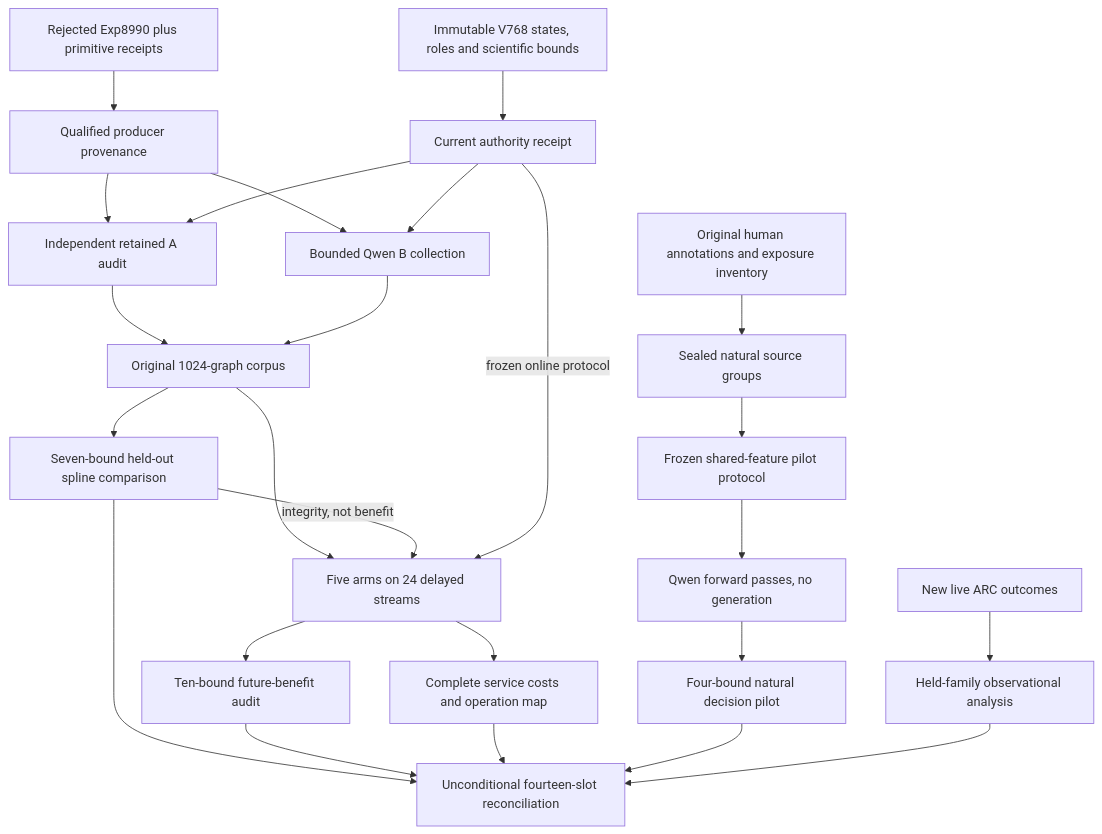
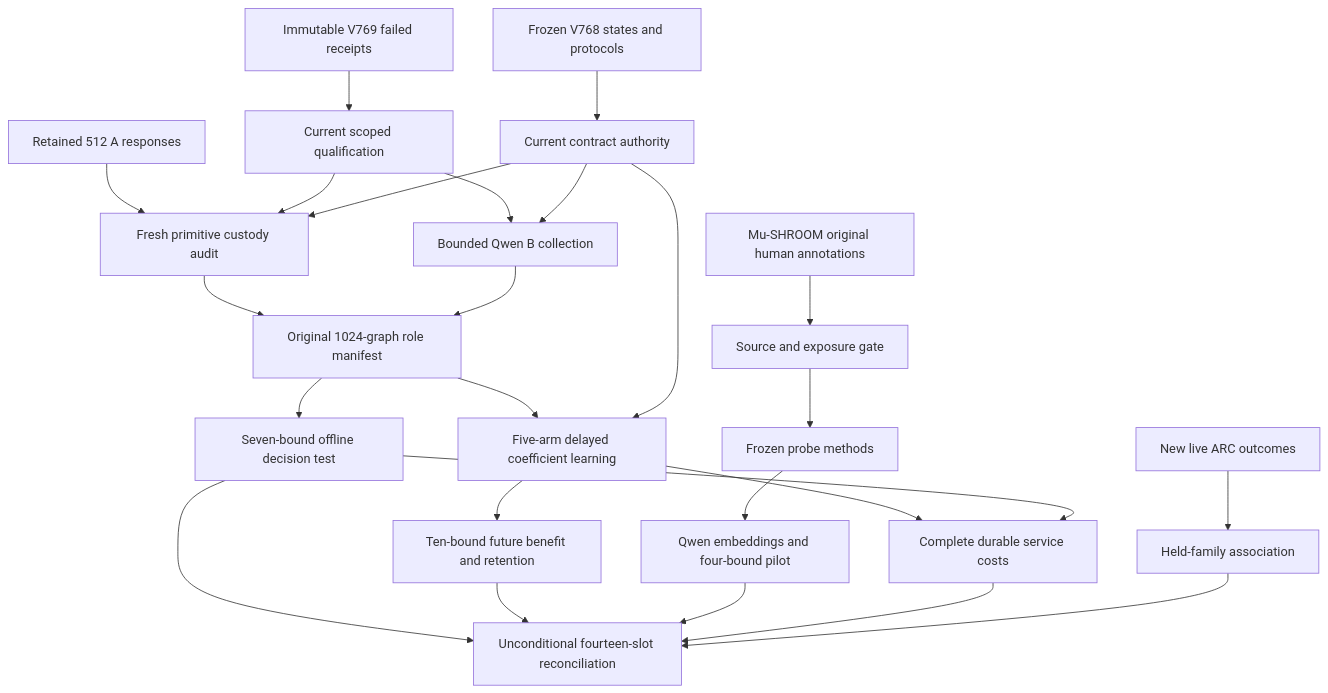
The first of 2 diagrams in openspec/change-proposals/research-roadmap-vNEXT.md (Carnot-EBM/carnot-ebm), drawn with Mermaid before and after one commit. The commit also changed other lines of this file and 17 other files, not shown here.

````diff
--- a/openspec/change-proposals/research-roadmap-vNEXT.md
+++ b/openspec/change-proposals/research-roadmap-vNEXT.md
@@ -85,27 +80,27 @@
 ```mermaid
 flowchart TD
-    V[Immutable V768 states, roles and scientific bounds] --> A[Current authority receipt]
-    R[Rejected Exp8990 plus primitive receipts] --> P[Qualified producer provenance]
-    P --> C[Independent retained A audit]
-    P --> B[Bounded Qwen B collection]
-    A --> C
+    H[Immutable V769 failed receipts] --> C[Current scoped qualification]
+    V[Frozen V768 states and protocols] --> A[Current contract authority]
+    R[Retained 512 A responses] --> U[Fresh primitive custody audit]
+    C --> U
+    C --> B[Bounded Qwen B collection]
+    A --> U
     A --> B
-    C --> J[Original 1024-graph corpus]
+    U --> J[Original 1024-graph role manifest]
     B --> J
-    J --> D[Seven-bound held-out spline comparison]
-    J --> O[Five arms on 24 delayed streams]
-    D -->|integrity, not benefit| O
-    A -->|frozen online protocol| O
-    O --> L[Ten-bound future-benefit audit]
-    O --> K[Complete service costs and operation map]
-    H[Original human annotations and exposure inventory] --> N[Sealed natural source groups]
-    N --> M[Frozen shared-feature pilot protocol]
-    M --> Q[Qwen forward passes, no generation]
-    Q --> T[Four-bound natural decision pilot]
-    X[New live ARC outcomes] --> Y[Held-family observational analysis]
+    J --> D[Seven-bound offline decision test]
+    J --> O[Five-arm delayed coefficient learning]
+    A --> O
+    O --> L[Ten-bound future benefit and retention]
+    O --> K[Complete durable service costs]
+    D --> K
+    N[Mu-SHROOM original human annotations] --> S[Source and exposure gate]
+    S --> M[Frozen probe methods]
+    M --> E[Qwen embeddings and four-bound pilot]
+    X[New live ARC outcomes] --> Y[Held-family association]
     D --> Z[Unconditional fourteen-slot reconciliation]
     L --> Z
+    E --> Z
     K --> Z
-    T --> Z
     Y --> Z
 ```
````
